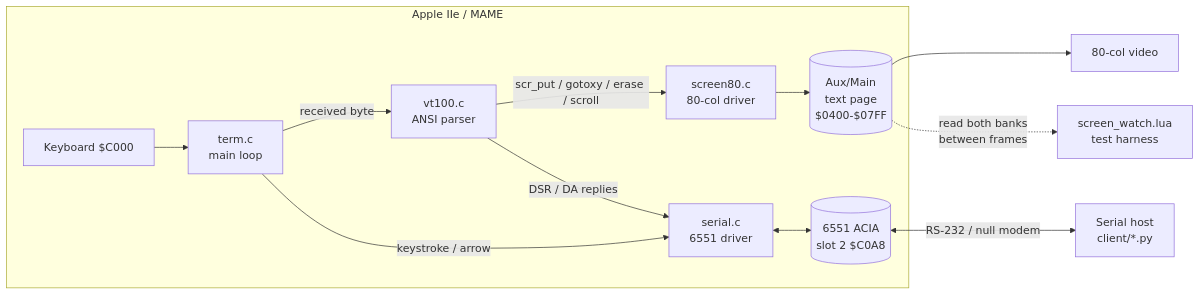
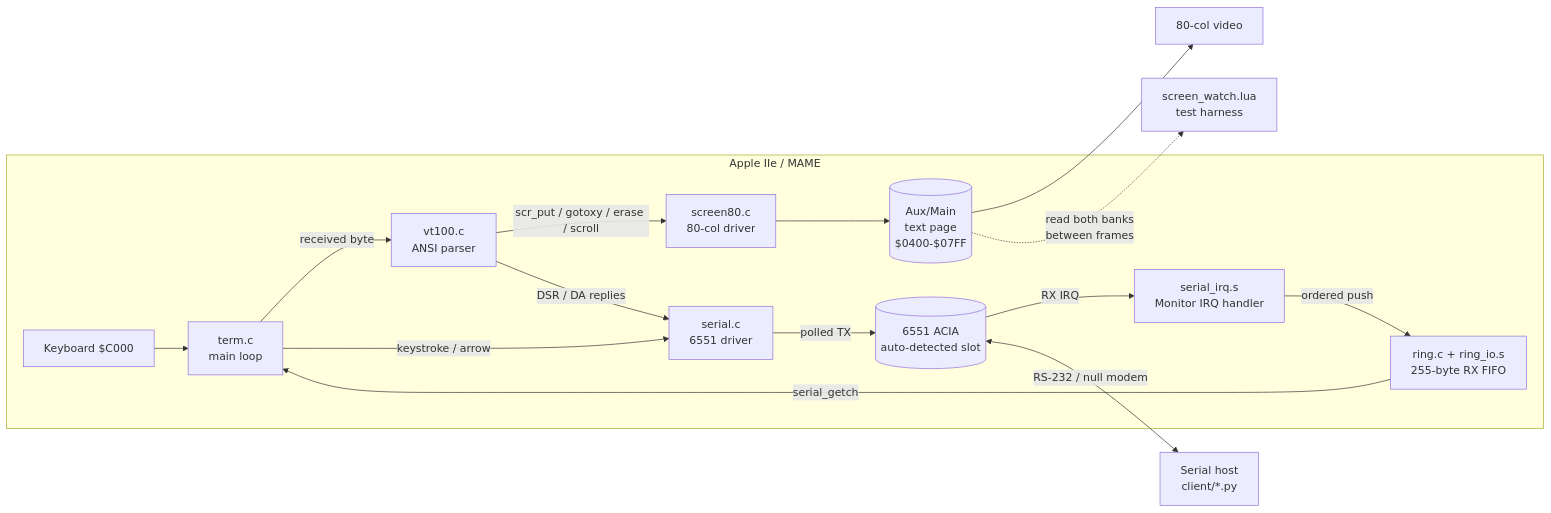
The first of 2 diagrams in vt100-term-c/docs/ARCHITECTURE.md (tomdriley/apple2e-projects), drawn with Mermaid before and after one commit. The commit also changed other lines of this file and 11 other files, not shown here.

````diff
--- a/vt100-term-c/docs/ARCHITECTURE.md
+++ b/vt100-term-c/docs/ARCHITECTURE.md
@@ -9,15 +9,18 @@
 ```mermaid
 flowchart LR
     subgraph Apple IIe / MAME
         KBD[Keyboard $C000] --> TERM
-        TERM[term.c<br/>main loop] -->|received byte| VT[vt100.c<br/>ANSI parser]
+        RING[ring.c + ring_io.s<br/>255-byte RX FIFO] -->|serial_getch| TERM[term.c<br/>main loop]
+        TERM -->|received byte| VT[vt100.c<br/>ANSI parser]
         VT -->|scr_put / gotoxy / erase / scroll| SCR[screen80.c<br/>80-col driver]
         SCR --> AUX[(Aux/Main<br/>text page<br/>$0400-$07FF)]
         TERM -->|keystroke / arrow| SER[serial.c<br/>6551 driver]
         VT -->|DSR / DA replies| SER
-        SER <--> ACIA[(6551 ACIA<br/>slot 2 $C0A8)]
+        SER -->|polled TX| ACIA[(6551 ACIA<br/>auto-detected slot)]
+        ACIA -->|RX IRQ| ISR[serial_irq.s<br/>Monitor IRQ handler]
+        ISR -->|ordered push| RING
     end
     ACIA <-->|RS-232 / null modem| HOST[Serial host<br/>client/*.py]
     AUX --> VIDEO[80-col video]
     AUX -.read both banks<br/>between frames.-> LUA[screen_watch.lua<br/>test harness]
 ```
````
